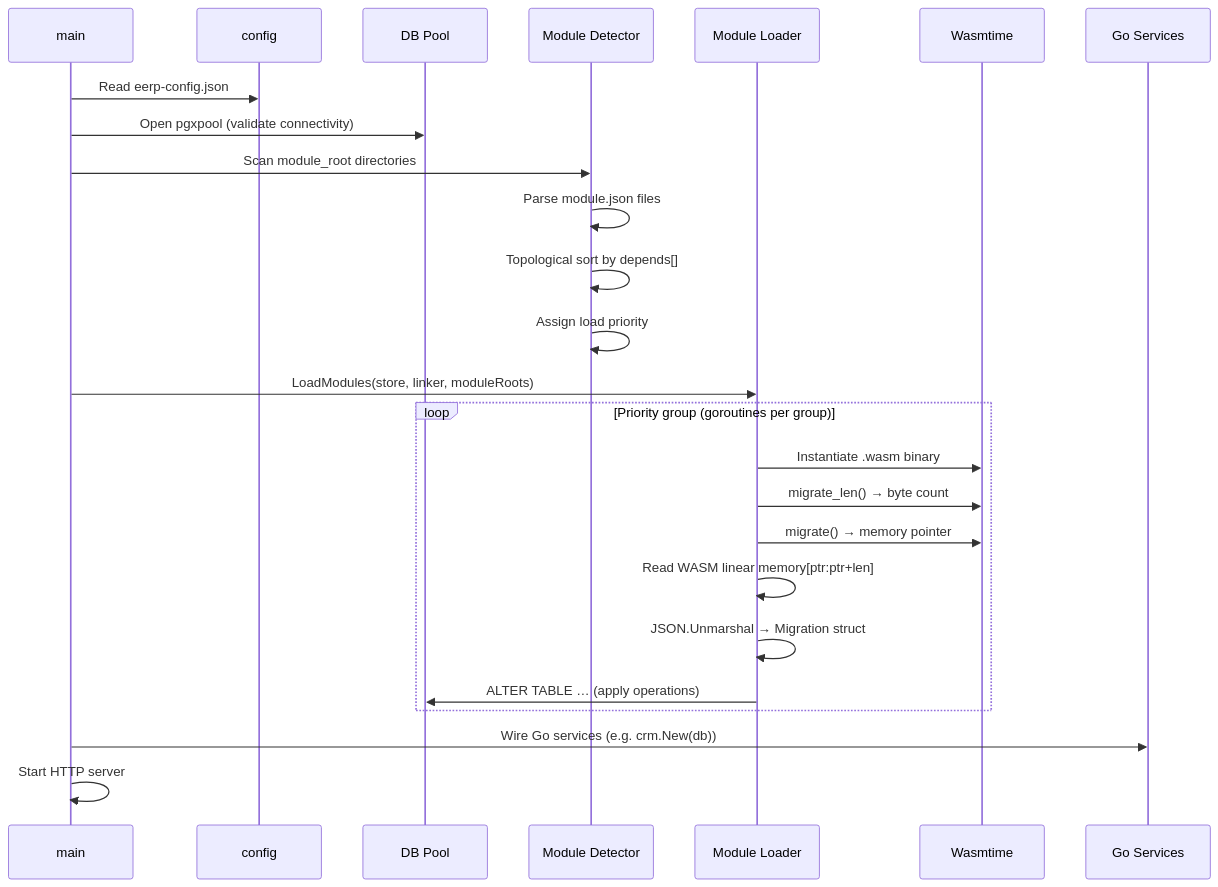
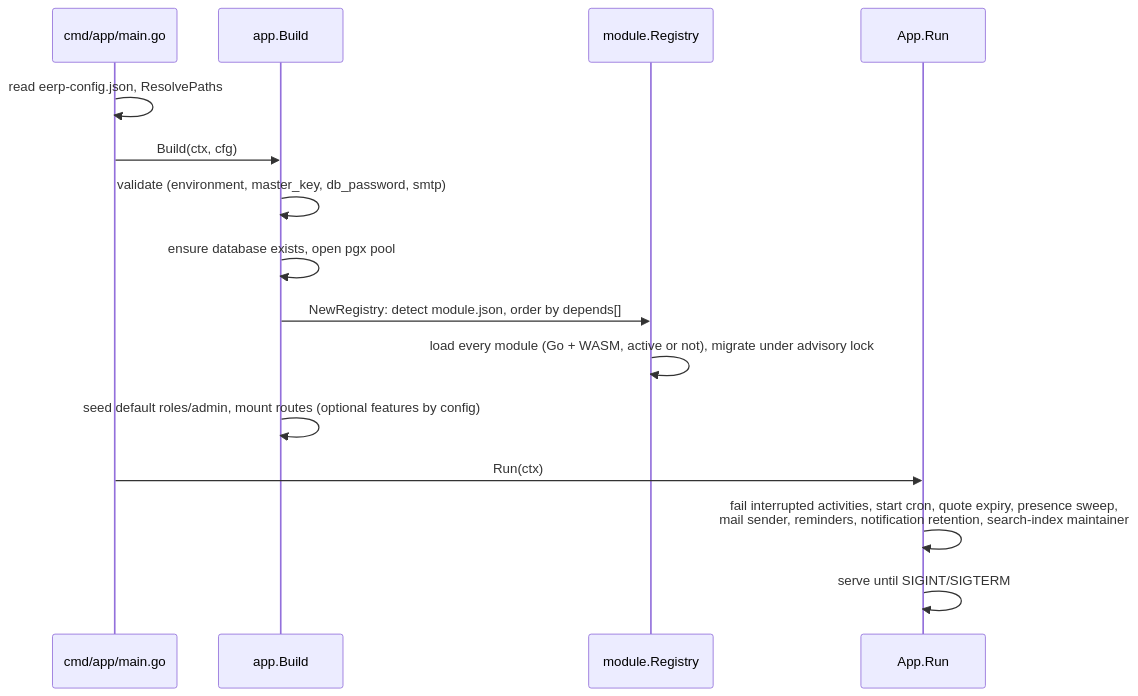
One commit to noiia/EERP-Documentation-Wiki changed the fourth of 7 diagrams in docs/architecture/index.md. Above: the diagram before and after it, drawn with Mermaid. The commit also changed other lines of this file and 61 other files, not shown here.

````diff
--- a/docs/architecture/index.md
+++ b/docs/architecture/index.md
@@ -222,28 +257,18 @@
 ```mermaid
 sequenceDiagram
-    participant main
-    participant config
-    participant pool as DB Pool
-    participant detector as Module Detector
-    participant loader as Module Loader
-    participant wasm as Wasmtime
-    participant svc as Go Services
+    participant main as cmd/app/main.go
+    participant build as app.Build
+    participant reg as module.Registry
+    participant run as App.Run
 
-    main->>config: Read eerp-config.json
-    main->>pool: Open pgxpool (validate connectivity)
-    main->>detector: Scan module_root directories
-    detector->>detector: Parse module.json files
-    detector->>detector: Topological sort by depends[]
-    detector->>detector: Assign load priority
-    main->>loader: LoadModules(store, linker, moduleRoots)
-    loop Priority group (goroutines per group)
-        loader->>wasm: Instantiate .wasm binary
-        loader->>wasm: migrate_len() → byte count
-        loader->>wasm: migrate() → memory pointer
-        loader->>loader: Read WASM linear memory[ptr:ptr+len]
-        loader->>loader: JSON.Unmarshal → Migration struct
-        loader->>pool: ALTER TABLE … (apply operations)
-    end
-    main->>svc: Wire Go services (e.g. crm.New(db))
-    main->>main: Start HTTP server
+    main->>main: read eerp-config.json, ResolvePaths
+    main->>build: Build(ctx, cfg)
+    build->>build: validate (environment, master_key, db_password, smtp)
+    build->>build: ensure database exists, open pgx pool
+    build->>reg: NewRegistry: detect module.json, order by depends[]
+    reg->>reg: load every module (Go + WASM, active or not), migrate under advisory lock
+    build->>build: seed default roles/admin, mount routes (optional features by config)
+    main->>run: Run(ctx)
+    run->>run: fail interrupted activities, start cron, quote expiry, presence sweep,<br/>mail sender, reminders, notification retention, search-index maintainer
+    run->>run: serve until SIGINT/SIGTERM
 ```
````
